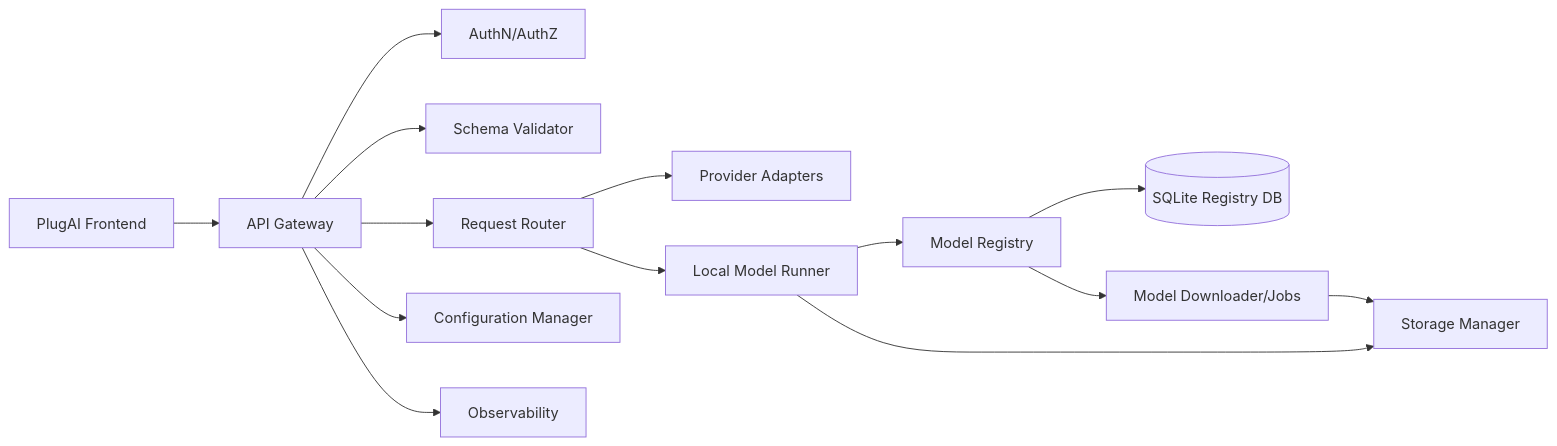
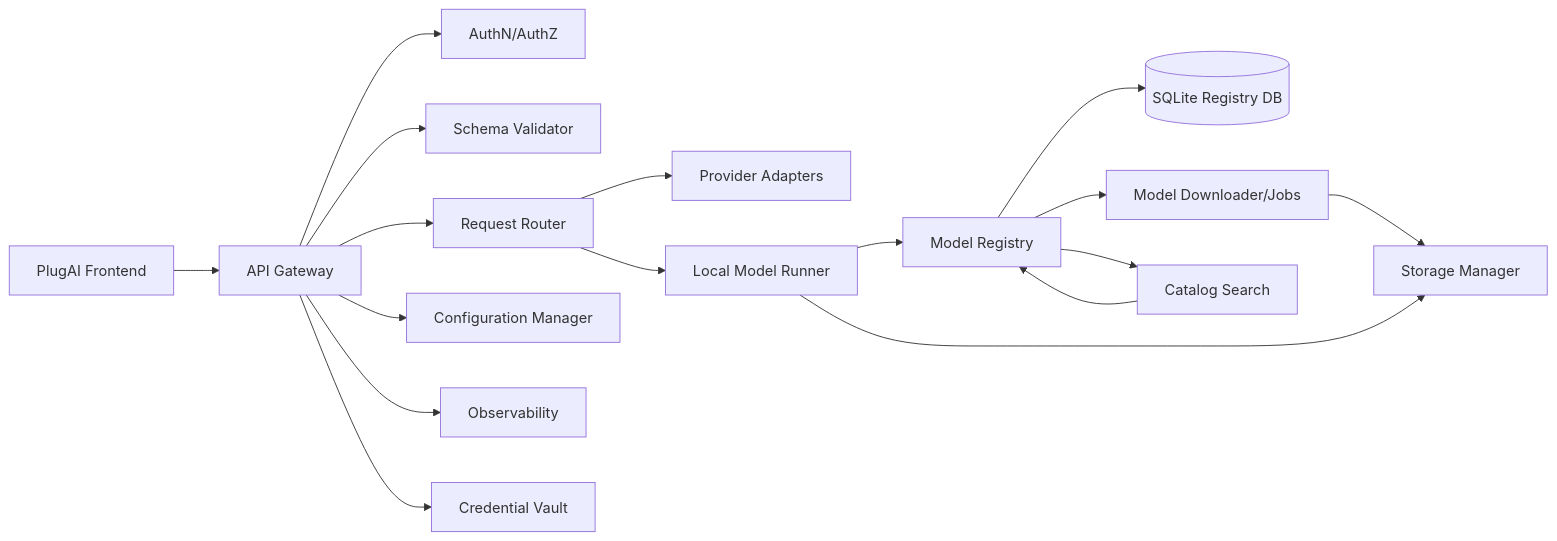
Before and after one commit to pluggably/llm_api: the second of 3 diagrams in docs/architecture/system_architecture.md, drawn with Mermaid. The commit also changed other lines of this file and 30 other files, not shown here.

````diff
--- a/docs/architecture/system_architecture.md
+++ b/docs/architecture/system_architecture.md
@@ -38,30 +41,35 @@
 ```mermaid
 graph LR
     Frontend[PlugAI Frontend]
     Gateway[API Gateway]
     Auth[AuthN/AuthZ]
     Router[Request Router]
     Validator[Schema Validator]
     Adapters[Provider Adapters]
     LocalRunner[Local Model Runner]
     Registry[Model Registry]
+    CatalogSearch[Catalog Search]
+    Creds[Credential Vault]
     RegistryDB[(SQLite Registry DB)]
     Downloader[Model Downloader/Jobs]
     StorageMgr[Storage Manager]
     Config[Configuration Manager]
     Obs[Observability]
 
     Frontend --> Gateway
     Gateway --> Auth
     Gateway --> Validator
     Gateway --> Router
     Router --> Adapters
     Router --> LocalRunner
     LocalRunner --> Registry
     Registry --> RegistryDB
     Registry --> Downloader
+    Registry --> CatalogSearch
     LocalRunner --> StorageMgr
     Gateway --> Config
     Gateway --> Obs
     Downloader --> StorageMgr
+    Gateway --> Creds
+    CatalogSearch --> Registry
 ```
````
